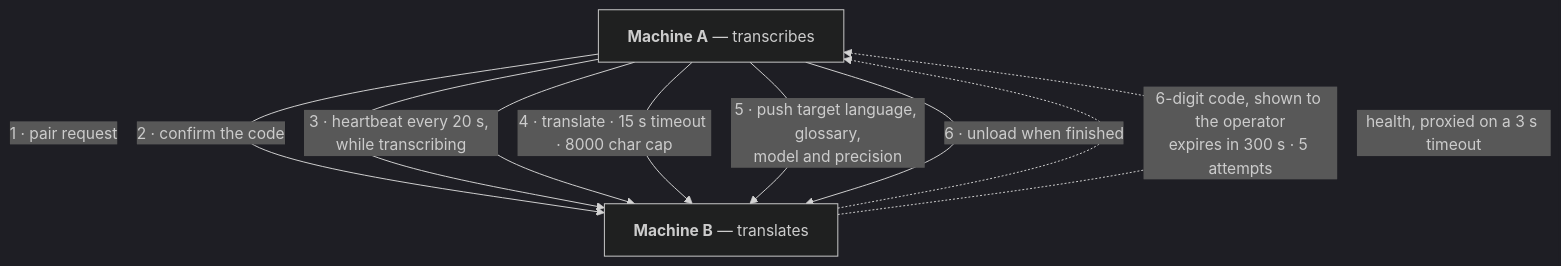
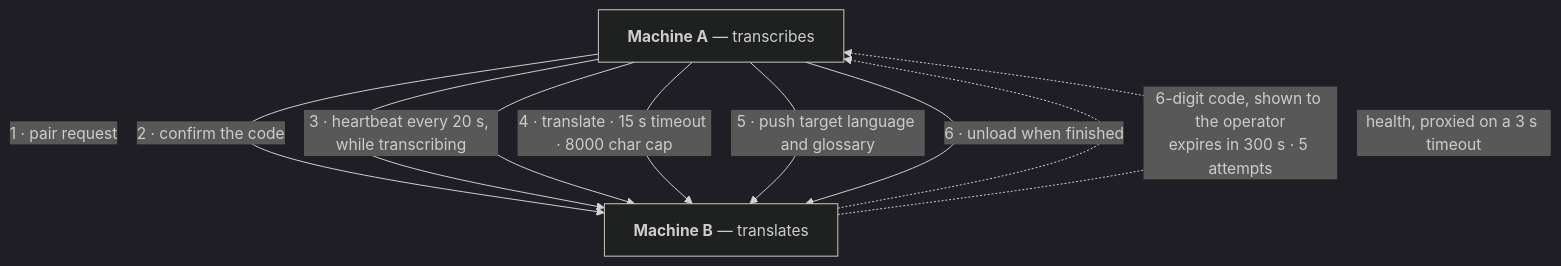
One commit to ChurchPresenter/STT changed the ninth of 12 diagrams in PIPELINE.md. Above: the diagram before and after it, drawn with Mermaid (dark theme). The commit also changed other lines of this file and 7 other files, not shown here.

````diff
--- a/PIPELINE.md
+++ b/PIPELINE.md
@@ -475,14 +480,14 @@
 ```mermaid
 flowchart TD
     A["<b>Machine A</b> — transcribes"]
     B["<b>Machine B</b> — translates"]
 
     A -->|1 · pair request| B
     B -.->|6-digit code, shown to the operator<br/>expires in 300 s · 5 attempts| A
     A -->|2 · confirm the code| B
     A -->|3 · heartbeat every 20 s, while transcribing| B
     A -->|4 · translate · 15 s timeout · 8000 char cap| B
-    A -->|5 · push target language, glossary,<br/>model and precision| B
+    A -->|5 · push target language and glossary| B
     A -->|6 · unload when finished| B
     B -.->|health, proxied on a 3 s timeout| A
 ```
````
